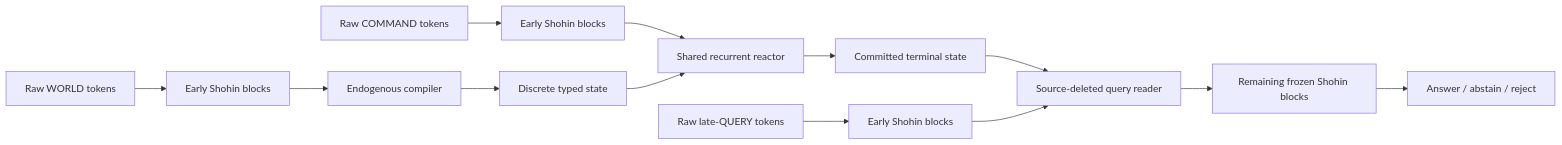
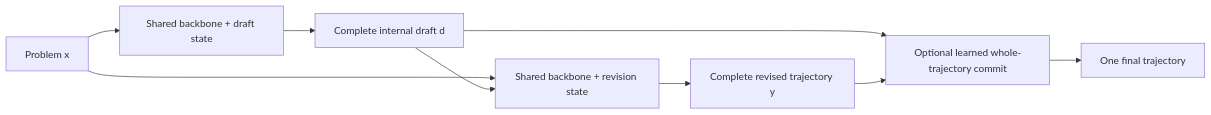
Before and after one commit to GodlyDonuts/shohin-ettr: the diagram in SHOHIN.md, drawn with Mermaid. The commit also changed other lines of this file and 8 other files, not shown here.

````diff
--- a/SHOHIN.md
+++ b/SHOHIN.md
@@ -37,15 +54,11 @@
 ```mermaid
 flowchart LR
-    W["Raw WORLD tokens"] --> B1["Early Shohin blocks"]
-    C["Raw COMMAND tokens"] --> B2["Early Shohin blocks"]
-    Q["Raw late-QUERY tokens"] --> B3["Early Shohin blocks"]
-    B1 --> COMP["Endogenous compiler"]
-    COMP --> S0["Discrete typed state"]
-    B2 --> REACT["Shared recurrent reactor"]
-    S0 --> REACT
-    REACT --> ST["Committed terminal state"]
-    ST --> READ["Source-deleted query reader"]
-    B3 --> READ
-    READ --> D["Remaining frozen Shohin blocks"]
-    D --> A["Answer / abstain / reject"]
+    X["Problem x"] --> D["Shared backbone + draft state"]
+    D --> T["Complete internal draft d"]
+    X --> R["Shared backbone + revision state"]
+    T --> R
+    R --> Y["Complete revised trajectory y"]
+    T --> C["Optional learned whole-trajectory commit"]
+    Y --> C
+    C --> O["One final trajectory"]
 ```
````
